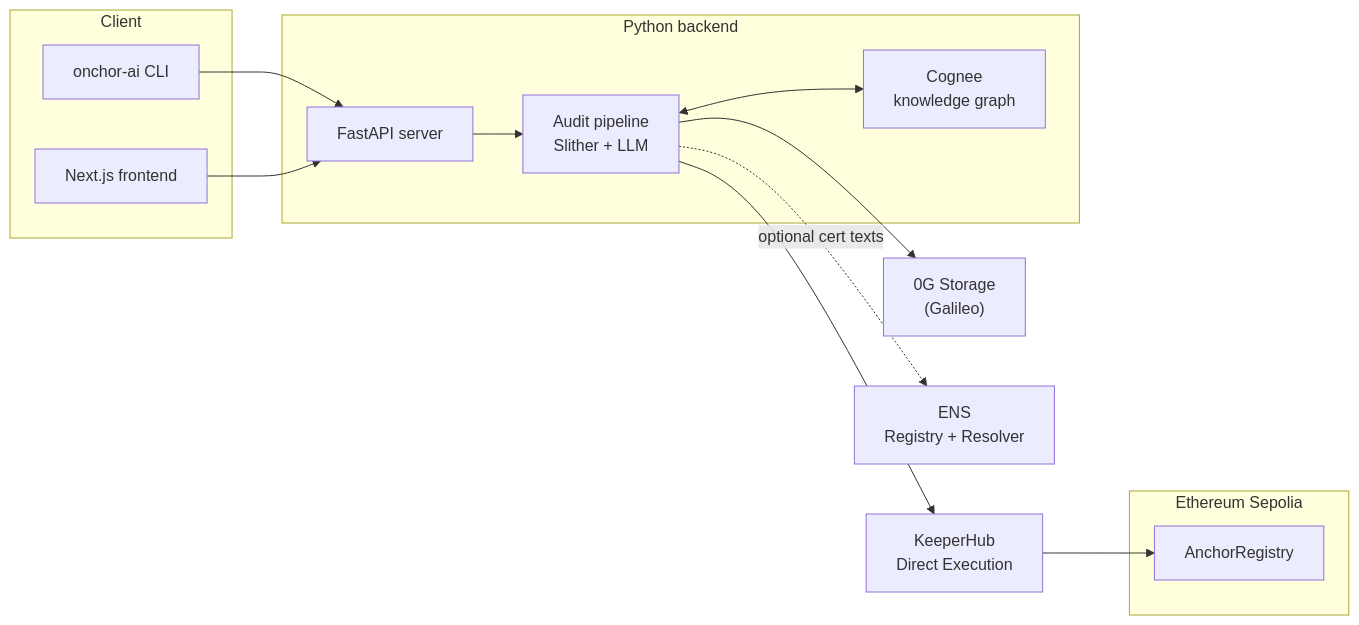
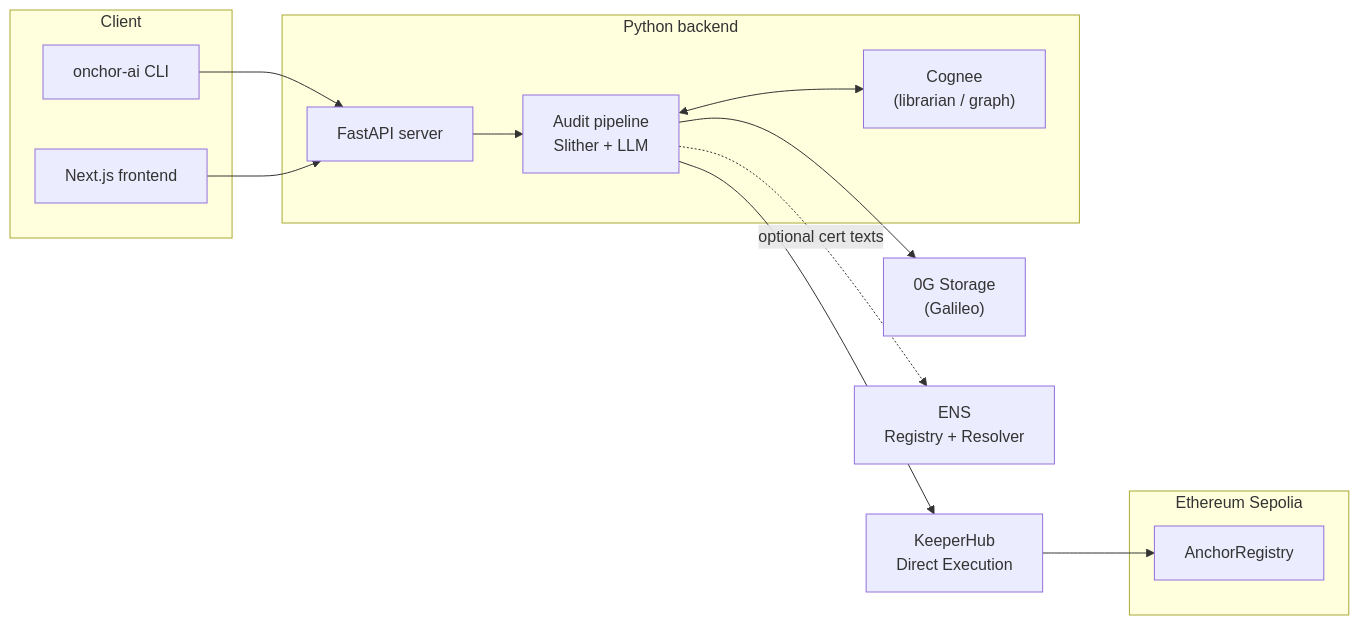
One commit to Mariussgal/OPEN-AGENTS-2026 changed the diagram in README.md. Above: the diagram before and after it, drawn with Mermaid. The commit also changed other lines of this file, not shown here.

Commit message:
Enhance README.md to detail Cognee's role

````diff
--- a/README.md
+++ b/README.md
@@ -53,30 +53,30 @@
 ```mermaid
 flowchart LR
     subgraph Client
         CLI["onchor-ai CLI"]
         FE["Next.js frontend"]
     end
 
     subgraph Backend["Python backend"]
         API["FastAPI server"]
         Pipe["Audit pipeline\nSlither + LLM"]
-        Cognee["Cognee\nknowledge graph"]
+        Cognee["Cognee\n(librarian / graph)"]
     end
 
     subgraph Chain["Ethereum Sepolia"]
         AR["AnchorRegistry"]
     end
 
     G["0G Storage\n(Galileo)"]
     KH["KeeperHub\nDirect Execution"]
     ENSn["ENS\nRegistry + Resolver"]
 
     CLI --> API
     FE --> API
     API --> Pipe
     Pipe <--> Cognee
     Pipe --> G
     Pipe --> KH
     KH --> AR
     Pipe -.->|"optional cert texts"| ENSn
 ```
````
